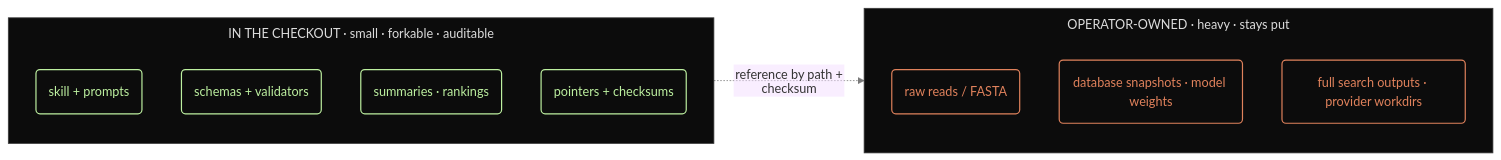
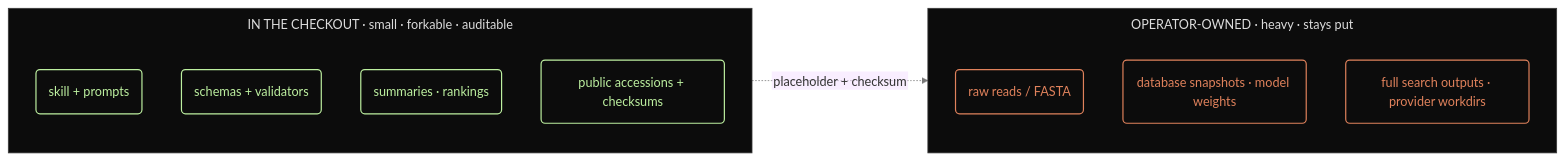
The fifth of 5 diagrams in README.md (BioSymphony/bioprospector), drawn with Mermaid before and after one commit. The commit also changed other lines of this file and 174 other files, not shown here.

````diff
--- a/README.md
+++ b/README.md
@@ -126,20 +146,20 @@
 ```mermaid
 %%{init:{'theme':'base','flowchart':{'htmlLabels':false,'padding':16,'subGraphTitleMargin':{'top':10,'bottom':18}},'themeVariables':{'fontFamily':'Menlo, Consolas, monospace','lineColor':'#7a7a7a','clusterBkg':'#0c0c0c','clusterBorder':'#3a3a3a','titleColor':'#dcdcdc'}}}%%
 flowchart LR
   classDef repo fill:#0c0c0c,stroke:#bdf0a0,color:#bdf0a0,stroke-width:1.5px
   classDef ext fill:#0c0c0c,stroke:#e0825c,color:#e0825c,stroke-width:1.5px
   subgraph IN["IN THE CHECKOUT · small · forkable · auditable"]
     direction TB
     R1("skill + prompts"):::repo
     R2("schemas + validators"):::repo
     R3("summaries · rankings"):::repo
-    R4("pointers + checksums"):::repo
+    R4("public accessions + checksums"):::repo
   end
   subgraph OUT["OPERATOR-OWNED · heavy · stays put"]
     direction TB
     E1("raw reads / FASTA"):::ext
     E2("database snapshots · model weights"):::ext
     E3("full search outputs · provider workdirs"):::ext
   end
-  R4 -. "reference by path + checksum" .-> OUT
+  R4 -. "placeholder + checksum" .-> OUT
 ```
````
